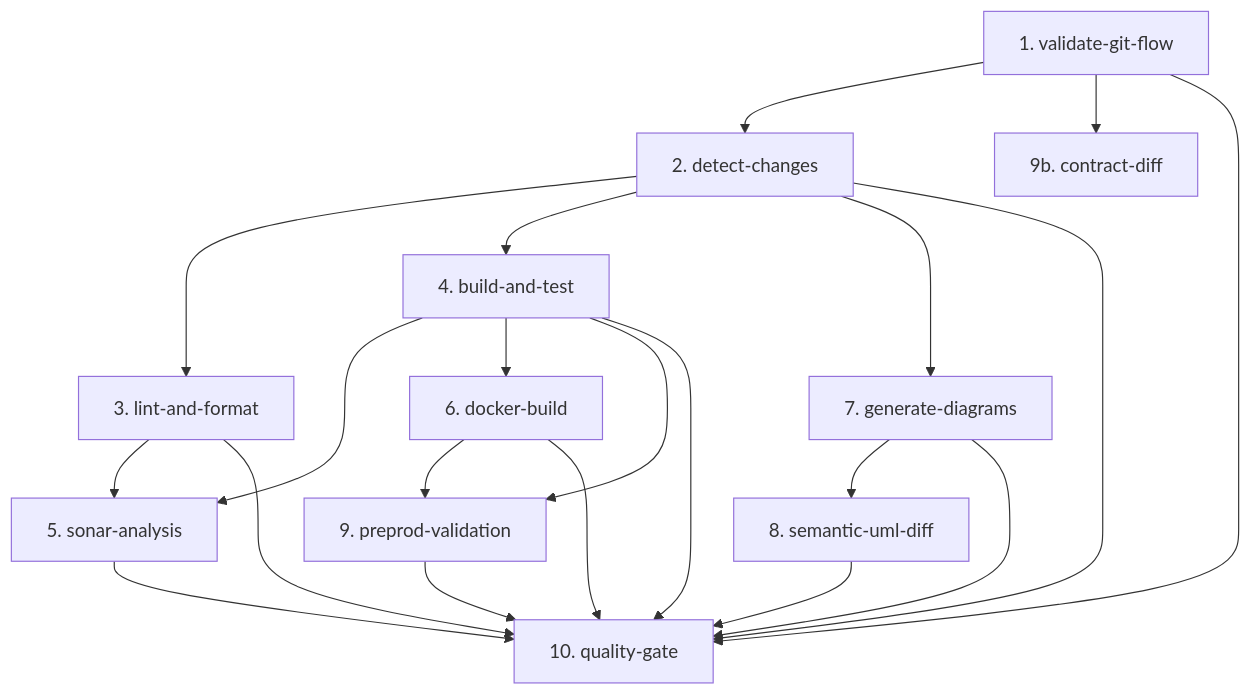
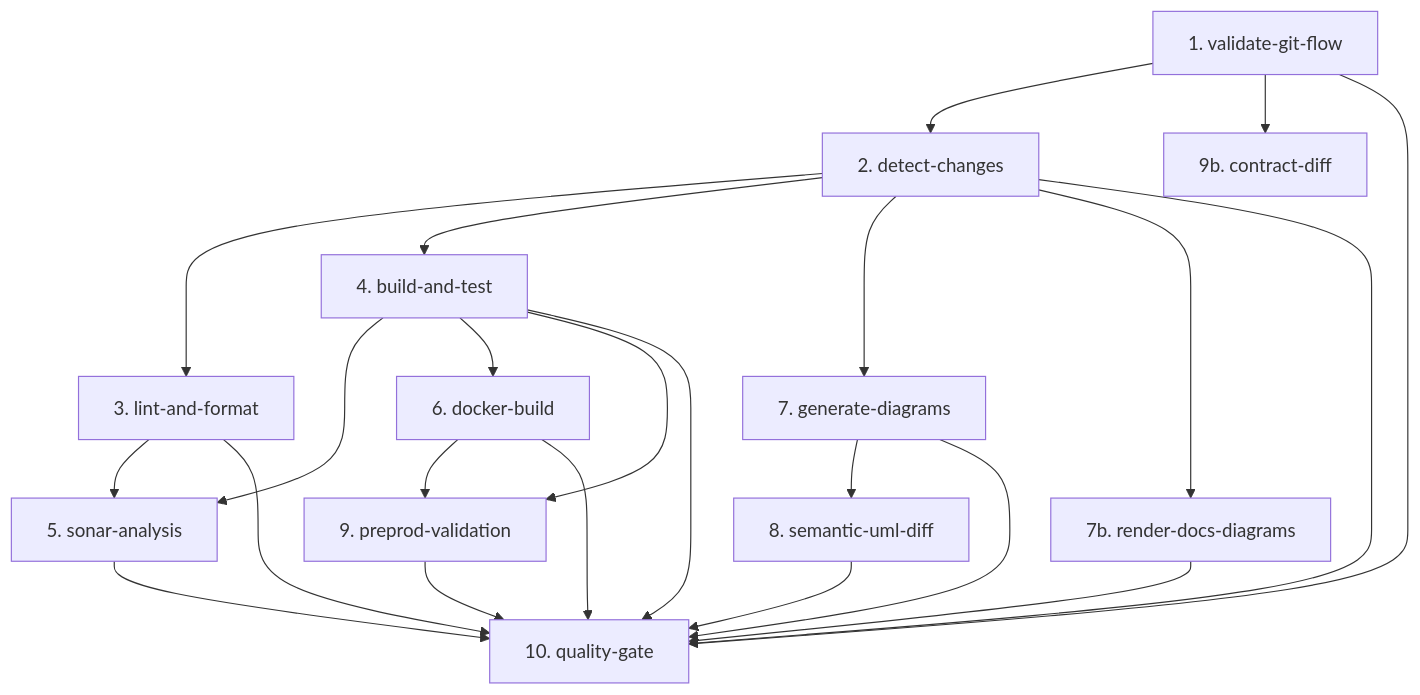
Before and after one commit to tsorren/DonaTrack-TP-DDS: the first of 2 diagrams in docs/cicd/DonaTrack-CICD.md, drawn with Mermaid. The commit also changed other lines of this file and 8 other files, not shown here.

First line of the commit message:
E7: borrador de los diagramas de componentes y despliegue (A1)

````diff
--- a/docs/cicd/DonaTrack-CICD.md
+++ b/docs/cicd/DonaTrack-CICD.md
@@ -30,26 +30,28 @@
 ```mermaid
 graph TD
   validate-git-flow[1. validate-git-flow] --> detect-changes[2. detect-changes]
   detect-changes --> lint-and-format[3. lint-and-format]
   detect-changes --> build-and-test[4. build-and-test]
   detect-changes --> generate-diagrams[7. generate-diagrams]
+  detect-changes --> render-docs-diagrams[7b. render-docs-diagrams]
 
   lint-and-format --> sonar-analysis[5. sonar-analysis]
   build-and-test --> sonar-analysis
   build-and-test --> docker-build[6. docker-build]
   build-and-test --> preprod-validation[9. preprod-validation]
   docker-build --> preprod-validation
   validate-git-flow --> contract-diff[9b. contract-diff]
 
   generate-diagrams --> semantic-uml-diff[8. semantic-uml-diff]
 
   validate-git-flow --> quality-gate[10. quality-gate]
   detect-changes --> quality-gate
   lint-and-format --> quality-gate
   build-and-test --> quality-gate
   sonar-analysis --> quality-gate
   docker-build --> quality-gate
   generate-diagrams --> quality-gate
+  render-docs-diagrams --> quality-gate
   semantic-uml-diff --> quality-gate
   preprod-validation --> quality-gate
 ```
````
